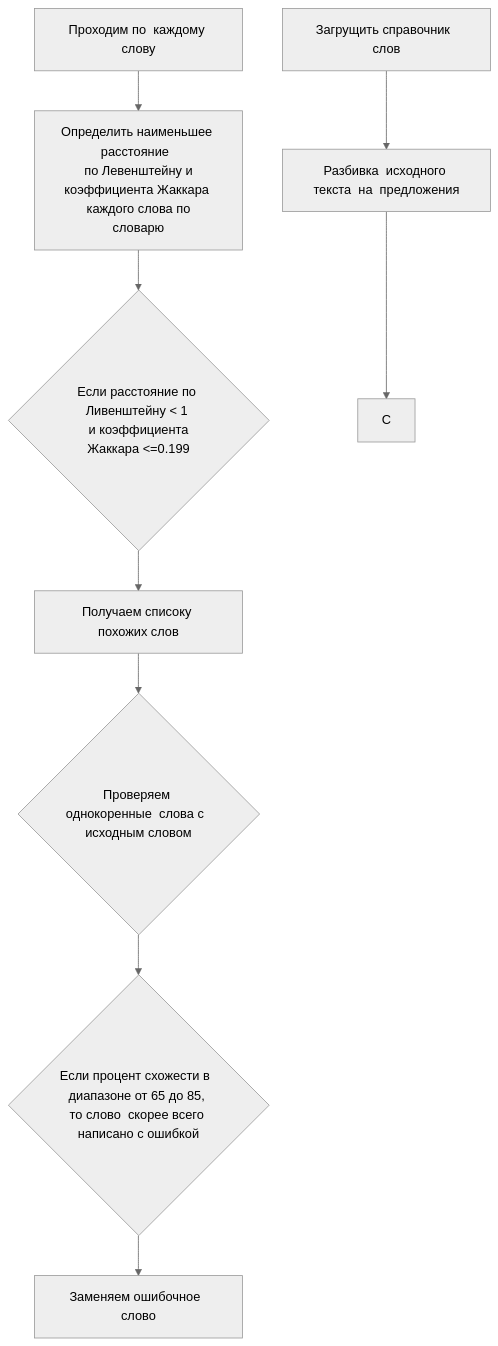
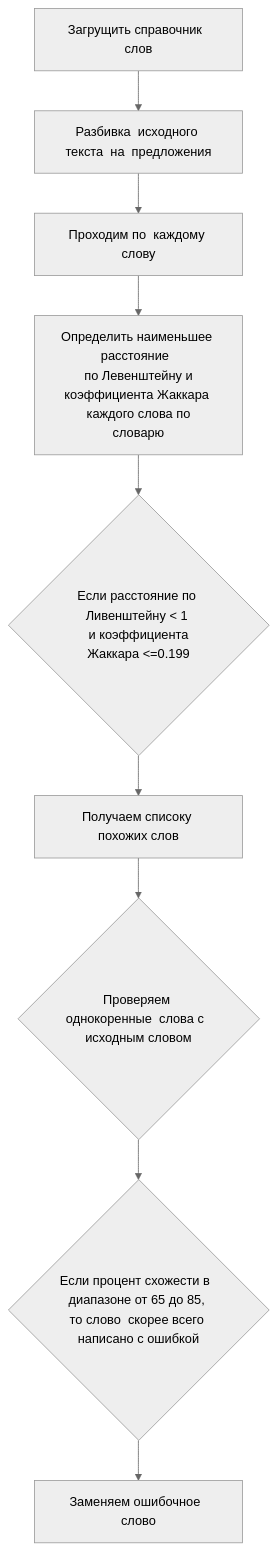
One commit to Barolina/search_spelling_errors changed the diagram in README.MD. Above: the diagram before and after it, drawn with Mermaid (neutral theme). The commit also changed other lines of this file, not shown here.

````diff
--- a/README.MD
+++ b/README.MD
@@ -17,22 +17,22 @@
 ```mermaid
 flowchart TB
 	A[Загрущить справочник  слов]
 	B[Разбивка  исходного текста  на  предложения]
-	С[Проходим по  каждому слову]		
+	C[Проходим по  каждому слову]		
 	M[Определить наименьшее расстояние  \n по Левенштейну и коэффициента Жаккара \n каждого слова по словарю]
 	D{Если расстояние по Ливенштейну < 1 \n и коэффициента Жаккара <=0.199}
 	H[Получаем списоку похожих слов]
 	J{Проверяем однокоренные  слова с  исходным словом}
 	K{Если процент схожести в  диапазоне от 65 до 85, \n то слово  скорее всего  написано с ошибкой}
 	L[Заменяем ошибочное  слово]
 	A --> B
 	B --> C	 	
-	С --> M	
+	C --> M	
 	M --> D
 	D --> H	
 	H --> J
 	J --> K	
 	K --> L
 	
 
 ```
````
